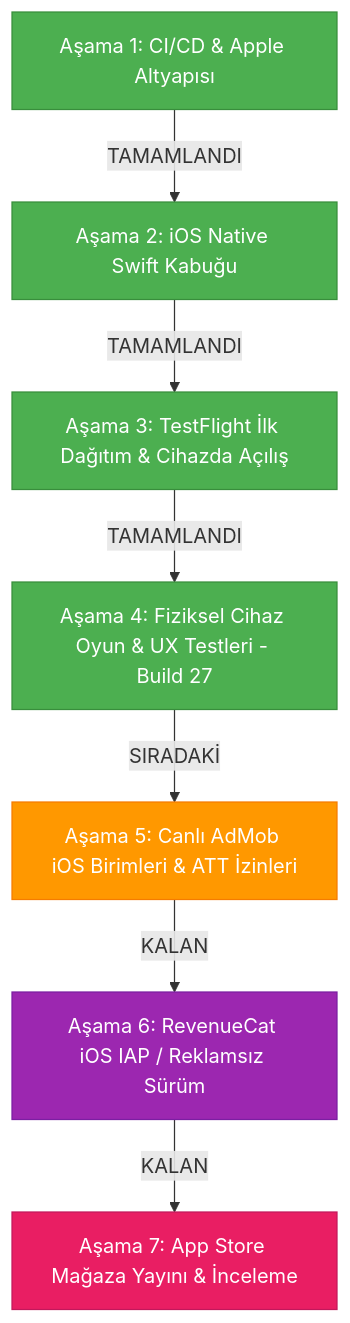
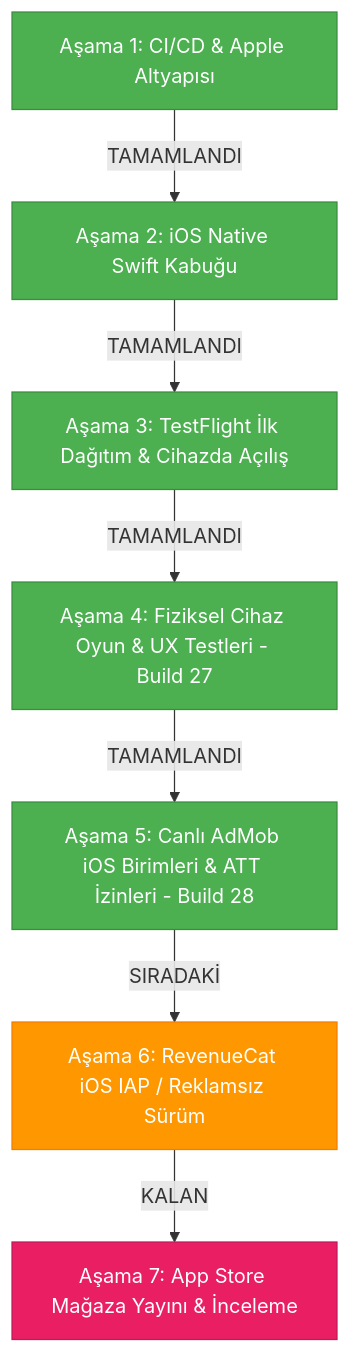
The diagram in MD Files/AI_Guide_iOS.md (toygun1725/2-player-snake), drawn with Mermaid before and after one commit. The commit also changed other lines of this file and 10 other files, not shown here.

Commit message:
feat(ios): Stage 5 - Live AdMob iOS units, ATT tracking authorization flow, CocoaPods & dual-layer deadlock watchdog

````diff
--- a/MD Files/AI_Guide_iOS.md
+++ b/MD Files/AI_Guide_iOS.md
@@ -81,17 +87,17 @@
 ```mermaid
 flowchart TD
     A[Aşama 1: CI/CD & Apple Altyapısı] -->|TAMAMLANDI| B[Aşama 2: iOS Native Swift Kabuğu]
     B -->|TAMAMLANDI| C[Aşama 3: TestFlight İlk Dağıtım & Cihazda Açılış]
     C -->|TAMAMLANDI| D[Aşama 4: Fiziksel Cihaz Oyun & UX Testleri - Build 27]
-    D -->|SIRADAKİ| E[Aşama 5: Canlı AdMob iOS Birimleri & ATT İzinleri]
-    E -->|KALAN| F[Aşama 6: RevenueCat iOS IAP / Reklamsız Sürüm]
+    D -->|TAMAMLANDI| E[Aşama 5: Canlı AdMob iOS Birimleri & ATT İzinleri - Build 28]
+    E -->|SIRADAKİ| F[Aşama 6: RevenueCat iOS IAP / Reklamsız Sürüm]
     F -->|KALAN| G[Aşama 7: App Store Mağaza Yayını & İnceleme]
 
     style A fill:#4CAF50,stroke:#388E3C,color:#fff
     style B fill:#4CAF50,stroke:#388E3C,color:#fff
     style C fill:#4CAF50,stroke:#388E3C,color:#fff
     style D fill:#4CAF50,stroke:#388E3C,color:#fff
-    style E fill:#FF9800,stroke:#F57C00,color:#fff
-    style F fill:#9C27B0,stroke:#7B1FA2,color:#fff
+    style E fill:#4CAF50,stroke:#388E3C,color:#fff
+    style F fill:#FF9800,stroke:#F57C00,color:#fff
     style G fill:#E91E63,stroke:#C2185B,color:#fff
 ```
````
